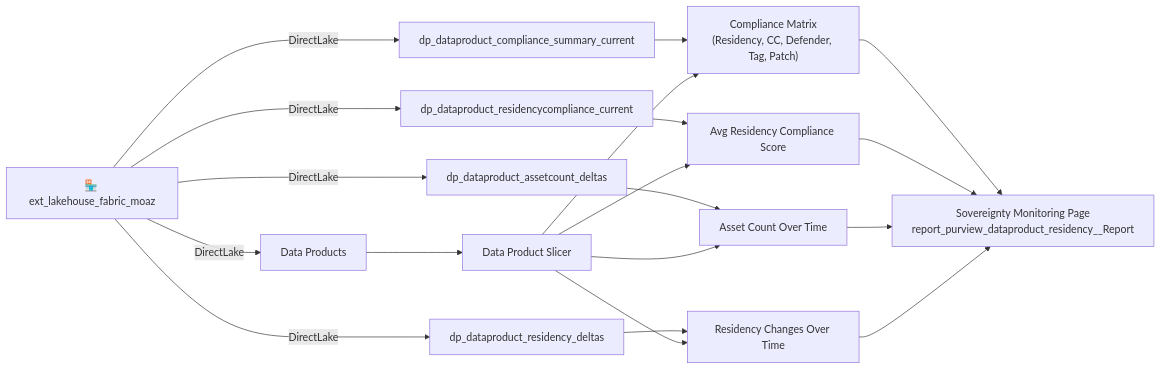
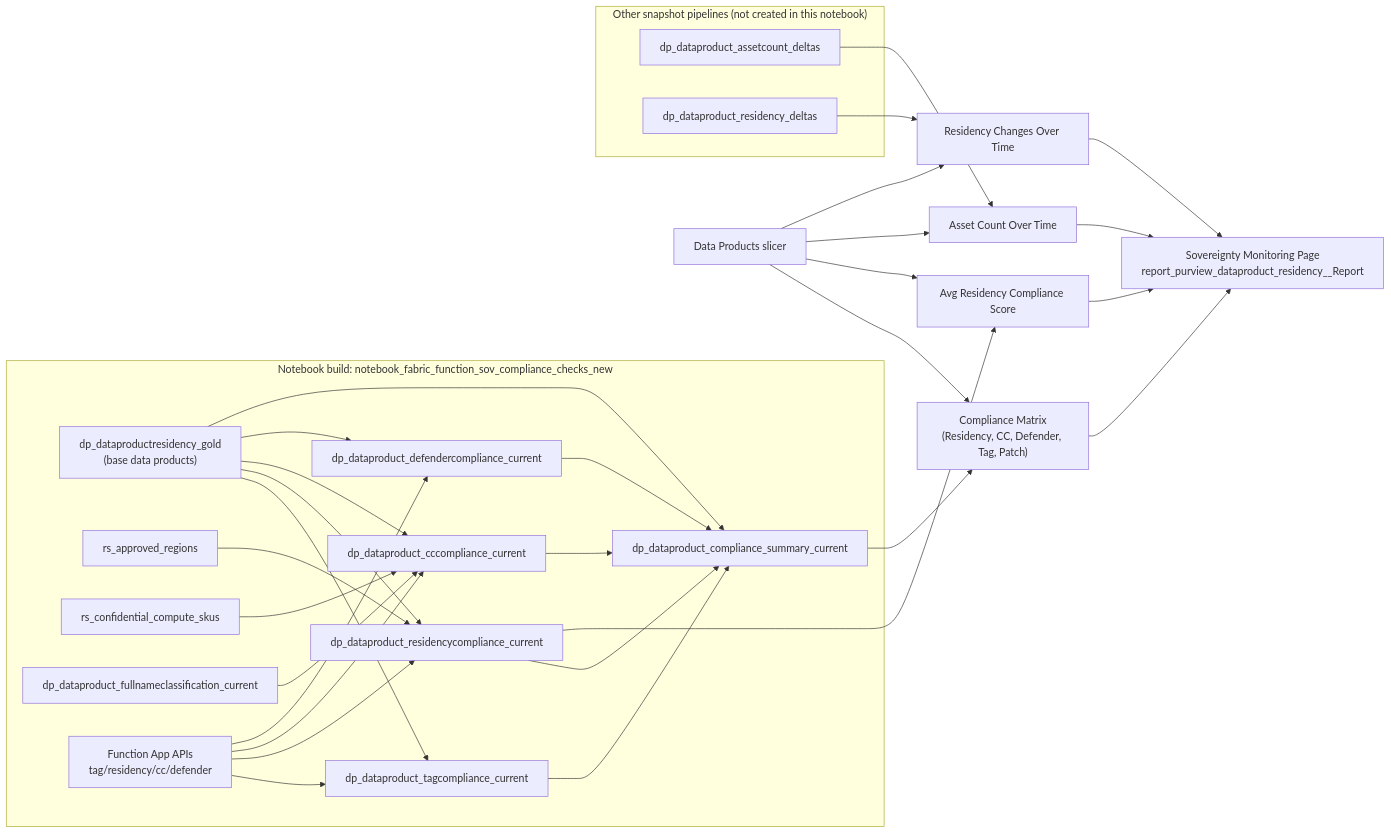
One commit to moazmirza/data-sov-and-hyb-cloud changed the third of 3 diagrams in shared/fabric-ext_fabric_space_moaz/README.md. Above: the diagram before and after it, drawn with Mermaid. The commit also changed other lines of this file, not shown here.

Commit message:
Correct Sovereignty Monitoring lineage from notebook logic

````diff
--- a/shared/fabric-ext_fabric_space_moaz/README.md
+++ b/shared/fabric-ext_fabric_space_moaz/README.md
@@ -78,26 +78,52 @@
 ```mermaid
 graph LR
-  LH["🏪 ext_lakehouse_fabric_moaz"]
+  subgraph NOTEBOOK_BUILD["Notebook build: notebook_fabric_function_sov_compliance_checks_new"]
+    DP_BASE["dp_dataproductresidency_gold\n(base data products)"]
+    REGIONS["rs_approved_regions"]
+    CC_SKUS["rs_confidential_compute_skus"]
+    PII["dp_dataproduct_fullnameclassification_current"]
+    FUNC["Function App APIs\ntag/residency/cc/defender"]
 
-  LH -->|DirectLake| CS["dp_dataproduct_compliance_summary_current"]
-  LH -->|DirectLake| RC["dp_dataproduct_residencycompliance_current"]
-  LH -->|DirectLake| AD["dp_dataproduct_assetcount_deltas"]
-  LH -->|DirectLake| RD["dp_dataproduct_residency_deltas"]
-  LH -->|DirectLake| DP["Data Products"]
+    DP_BASE --> TAG_CUR["dp_dataproduct_tagcompliance_current"]
+    FUNC --> TAG_CUR
 
-  CS --> MATRIX["Compliance Matrix\n(Residency, CC, Defender, Tag, Patch)"]
-  RC --> SCORE["Avg Residency Compliance Score"]
-  AD --> ASSET_TREND["Asset Count Over Time"]
-  RD --> RES_TREND["Residency Changes Over Time"]
-  DP --> SLICER["Data Product Slicer"]
+    DP_BASE --> RES_CUR["dp_dataproduct_residencycompliance_current"]
+    REGIONS --> RES_CUR
+    FUNC --> RES_CUR
 
-  SLICER --> MATRIX
-  SLICER --> SCORE
-  SLICER --> ASSET_TREND
-  SLICER --> RES_TREND
+    DP_BASE --> CC_CUR["dp_dataproduct_cccompliance_current"]
+    PII --> CC_CUR
+    CC_SKUS --> CC_CUR
+    FUNC --> CC_CUR
+
+    DP_BASE --> DEF_CUR["dp_dataproduct_defendercompliance_current"]
+    FUNC --> DEF_CUR
+
+    RES_CUR --> COMP_SUM["dp_dataproduct_compliance_summary_current"]
+    TAG_CUR --> COMP_SUM
+    CC_CUR --> COMP_SUM
+    DEF_CUR --> COMP_SUM
+    DP_BASE --> COMP_SUM
+  end
+
+  COMP_SUM --> MATRIX["Compliance Matrix\n(Residency, CC, Defender, Tag, Patch)"]
+  RES_CUR --> SCORE["Avg Residency Compliance Score"]
+
+  subgraph OTHER_PIPELINES["Other snapshot pipelines (not created in this notebook)"]
+    ASSET_DELTA["dp_dataproduct_assetcount_deltas"]
+    RES_DELTA["dp_dataproduct_residency_deltas"]
+  end
+
+  ASSET_DELTA --> ASSET_TREND["Asset Count Over Time"]
+  RES_DELTA --> RES_TREND["Residency Changes Over Time"]
+
+  DP_SLICER["Data Products slicer"] --> MATRIX
+  DP_SLICER --> SCORE
+  DP_SLICER --> ASSET_TREND
+  DP_SLICER --> RES_TREND
 
   MATRIX --> PAGE["Sovereignty Monitoring Page\nreport_purview_dataproduct_residency__Report"]
   SCORE --> PAGE
   ASSET_TREND --> PAGE
   RES_TREND --> PAGE
 ```
````
